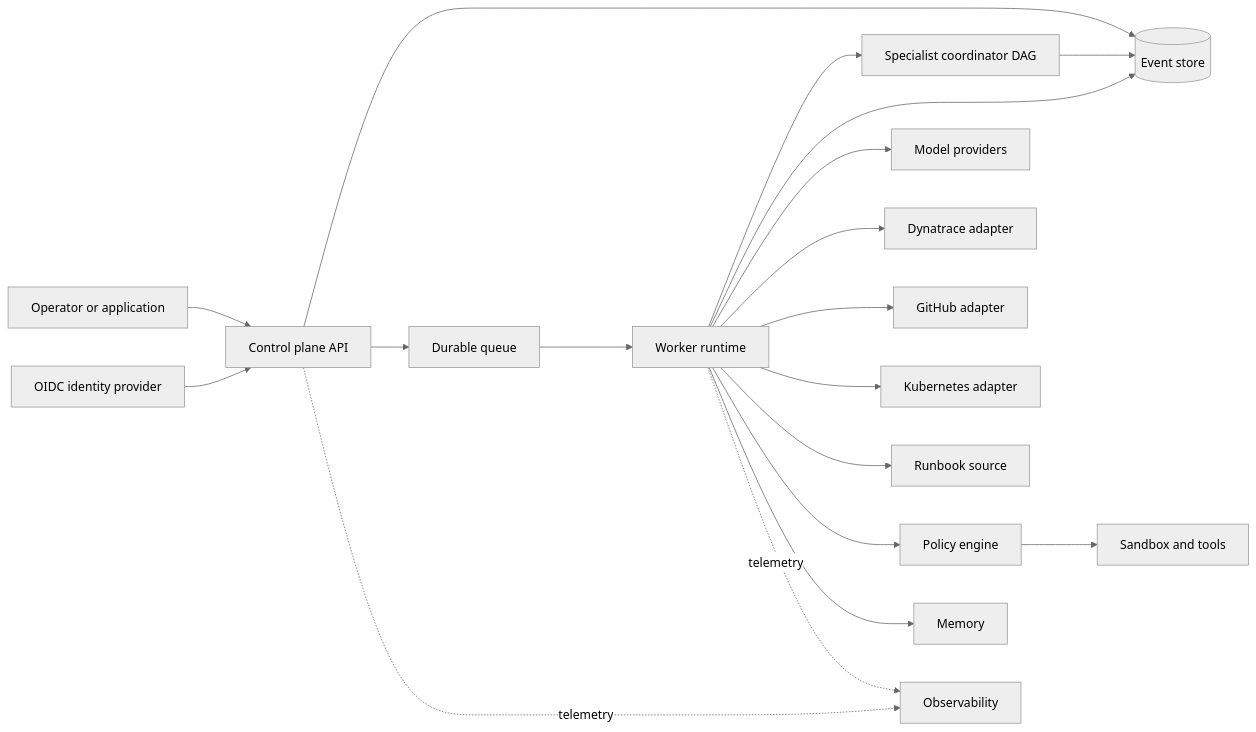
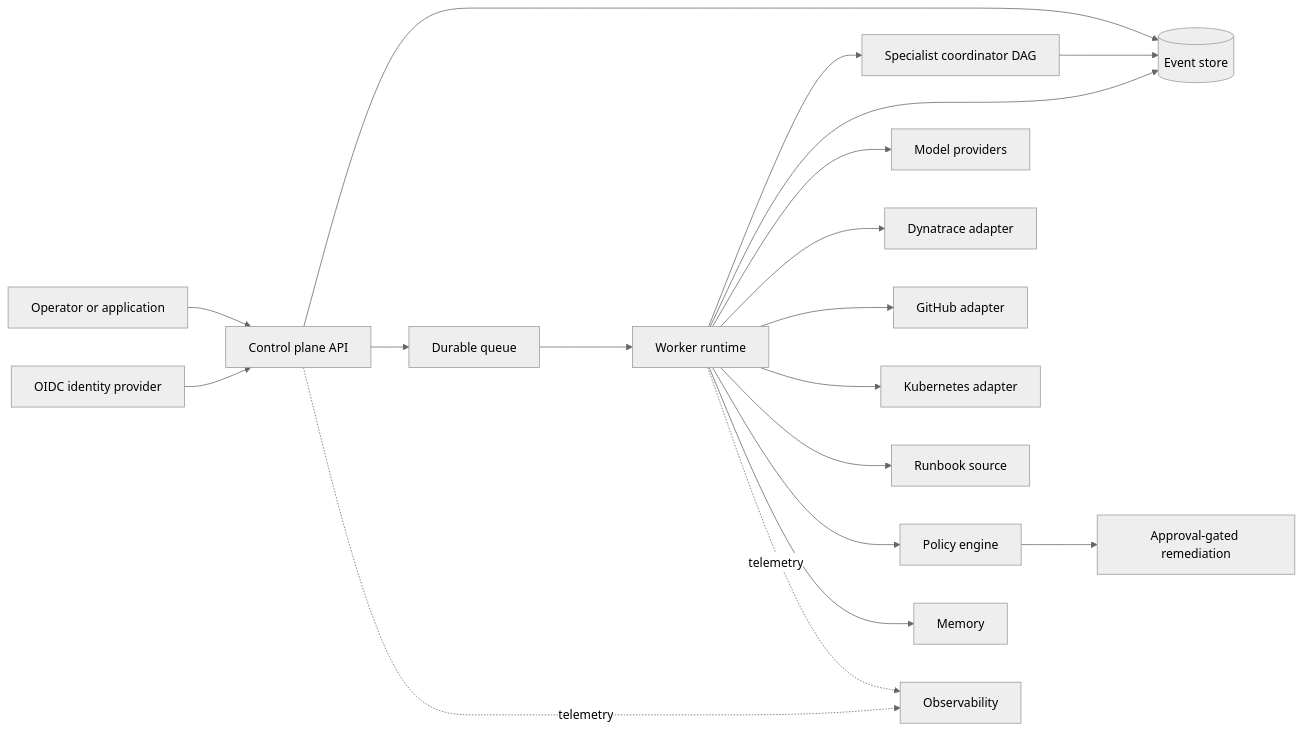
The first of 10 diagrams in docs/architecture.md (mrinmoyece/aegis-agent-platform), drawn with Mermaid (neutral theme) before and after one commit. The commit also changed other lines of this file and 47 other files, not shown here.

Commit message:
Implement approval-gated remediation actions

````diff
--- a/docs/architecture.md
+++ b/docs/architecture.md
@@ -18,21 +19,21 @@
 ```mermaid
 flowchart LR
   User[Operator or application] --> CP[Control plane API]
   IdP[OIDC identity provider] --> CP
   CP --> ES[(Event store)]
   CP --> Q[Durable queue]
   Q --> W[Worker runtime]
   W --> A[Specialist coordinator DAG]
   A --> ES
   W --> ES
   W --> P[Model providers]
   W --> DT[Dynatrace adapter]
   W --> GH[GitHub adapter]
   W --> K8s[Kubernetes adapter]
   W --> RB[Runbook source]
   W --> Policy[Policy engine]
-  Policy --> S[Sandbox and tools]
+  Policy --> R[Approval-gated remediation]
   W --> M[Memory]
   CP -. telemetry .-> O[Observability]
   W -. telemetry .-> O
 ```
````
